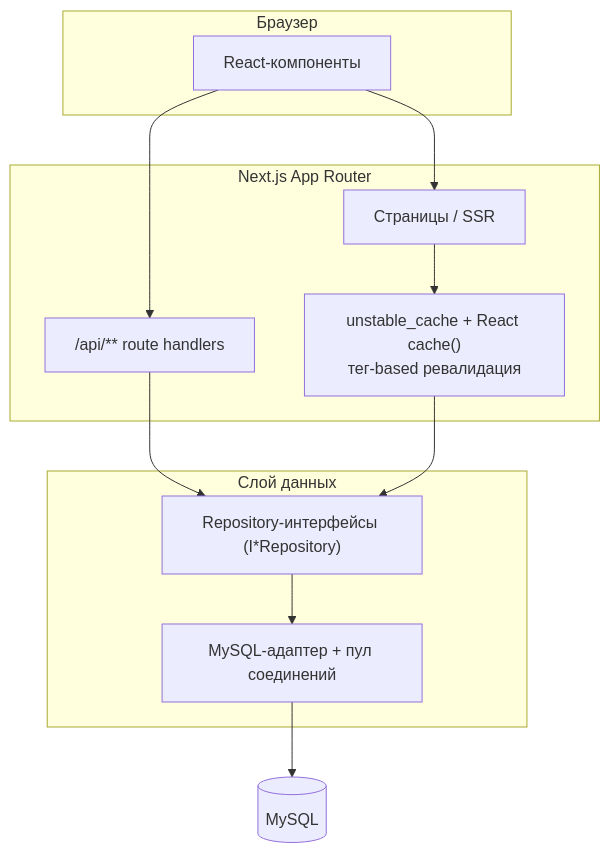
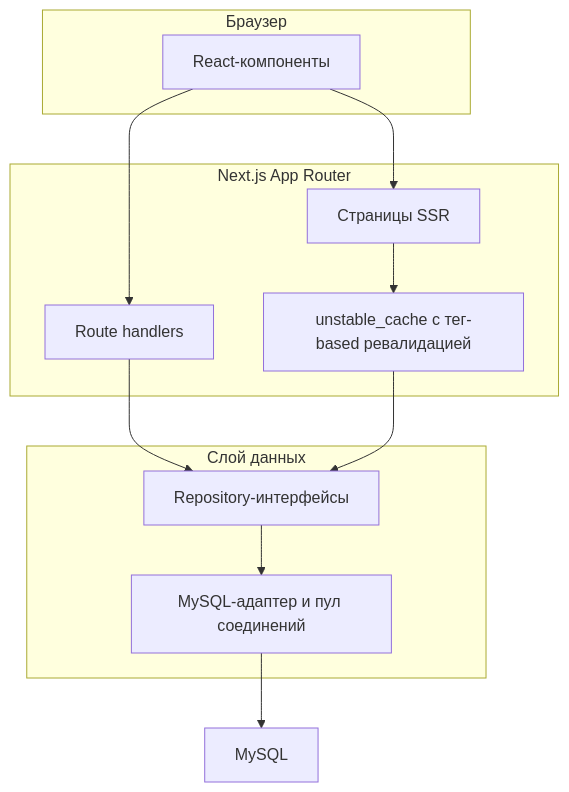
Before and after one commit to MiralSNk/recepto: the second of 2 diagrams in README.md, drawn with Mermaid. The commit also changed other lines of this file, not shown here.

Commit message:
Упрощён синтаксис mermaid-диаграмм — GitHub не рендерил их
Убраны <br/> внутри узлов, текст на пунктирной стрелке и кавычки в подписях
subgraph — судя по всему, версия mermaid, которую использует GitHub, падает
именно на этих конструкциях (Cannot read properties of undefined (reading
'render')).

````diff
--- a/README.md
+++ b/README.md
@@ -92,23 +92,23 @@
 ```mermaid
 flowchart TB
-    subgraph Client["Браузер"]
+    subgraph Client[Браузер]
         UI[React-компоненты]
     end
-    subgraph Next["Next.js App Router"]
-        Pages[Страницы / SSR]
-        API["/api/** route handlers"]
-        Cache["unstable_cache + React cache()<br/>тег-based ревалидация"]
+    subgraph Next[Next.js App Router]
+        Pages[Страницы SSR]
+        API[Route handlers]
+        Cache[unstable_cache с тег-based ревалидацией]
     end
-    subgraph Data["Слой данных"]
-        Repo["Repository-интерфейсы (I*Repository)"]
-        MySQL["MySQL-адаптер + пул соединений"]
+    subgraph Data[Слой данных]
+        Repo[Repository-интерфейсы]
+        Adapter[MySQL-адаптер и пул соединений]
     end
-    DB[(MySQL)]
+    DB[MySQL]
 
     UI --> Pages
     UI --> API
     Pages --> Cache
     API --> Repo
     Cache --> Repo
-    Repo --> MySQL --> DB
+    Repo --> Adapter --> DB
 ```
````
